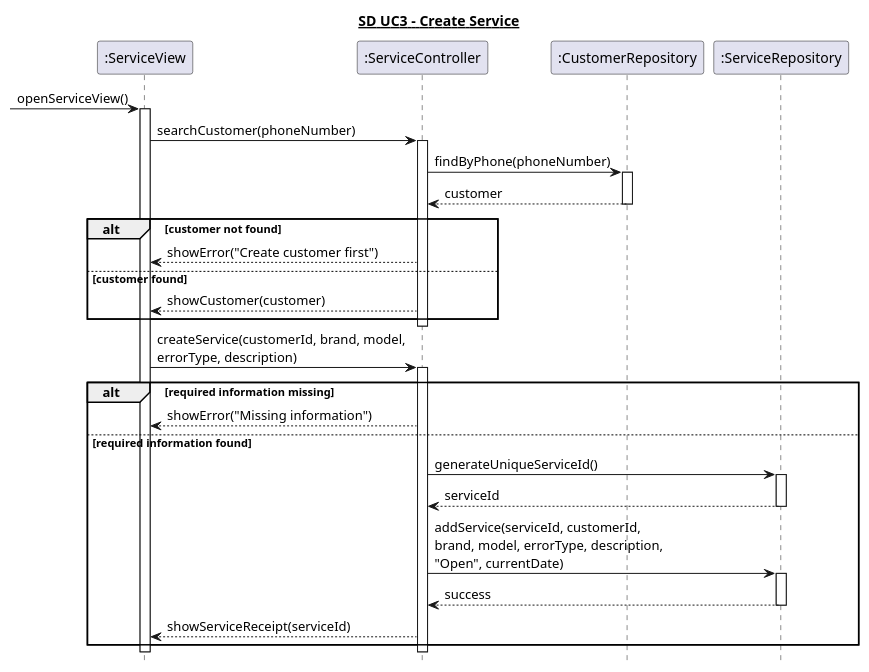
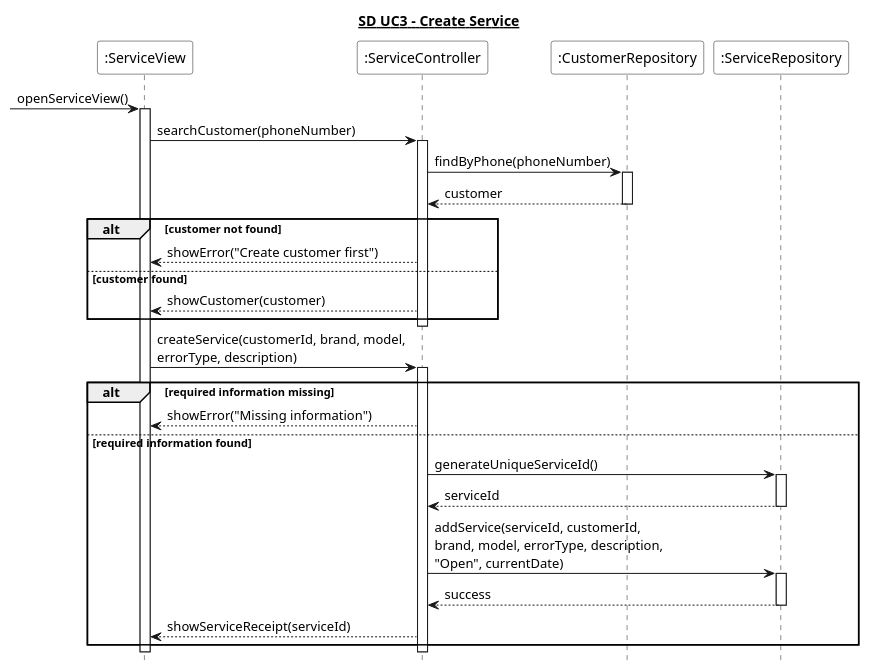
Before and after one commit to Zoabz/Getting-Real: the diagram in 6. Sekvens Diagrammer/UC3_opret_service.puml, drawn with PlantUML. The commit also changed 8 other files, not shown here.

```diff
--- a/6. Sekvens Diagrammer/UC3_opret_service.puml
+++ b/6. Sekvens Diagrammer/UC3_opret_service.puml
@@ -1,52 +1,52 @@
 @startuml
 hide footbox
 title <U>SD UC3 - Create Service
 
-participant ":ServiceView" as View
-participant ":ServiceController" as Controller
-participant ":CustomerRepository" as Customers
-participant ":ServiceRepository" as Services
+participant ":ServiceView" as View #White
+participant ":ServiceController" as Controller #White
+participant ":CustomerRepository" as Customers #White
+participant ":ServiceRepository" as Services #White
 
 [-> View : openServiceView()
 activate View
 
 View -> Controller : searchCustomer(phoneNumber)
 activate Controller
 
 Controller -> Customers : findByPhone(phoneNumber)
 activate Customers
 Customers --> Controller : customer
 deactivate Customers
 
 alt customer not found
     Controller --> View : showError("Create customer first")
 else customer found
     Controller --> View : showCustomer(customer)
 end
 
 deactivate Controller
 
 View -> Controller : createService(customerId, brand, model,\nerrorType, description)
 activate Controller
 
 alt required information missing
     Controller --> View : showError("Missing information")
 
 else required information found
     Controller -> Services : generateUniqueServiceId()
     activate Services
     Services --> Controller : serviceId
     deactivate Services
 
     Controller -> Services : addService(serviceId, customerId,\nbrand, model, errorType, description,\n"Open", currentDate)
     activate Services
     Services --> Controller : success
     deactivate Services
 
     Controller --> View : showServiceReceipt(serviceId)
 end
 
 deactivate Controller
 deactivate View
 
 @enduml
```
